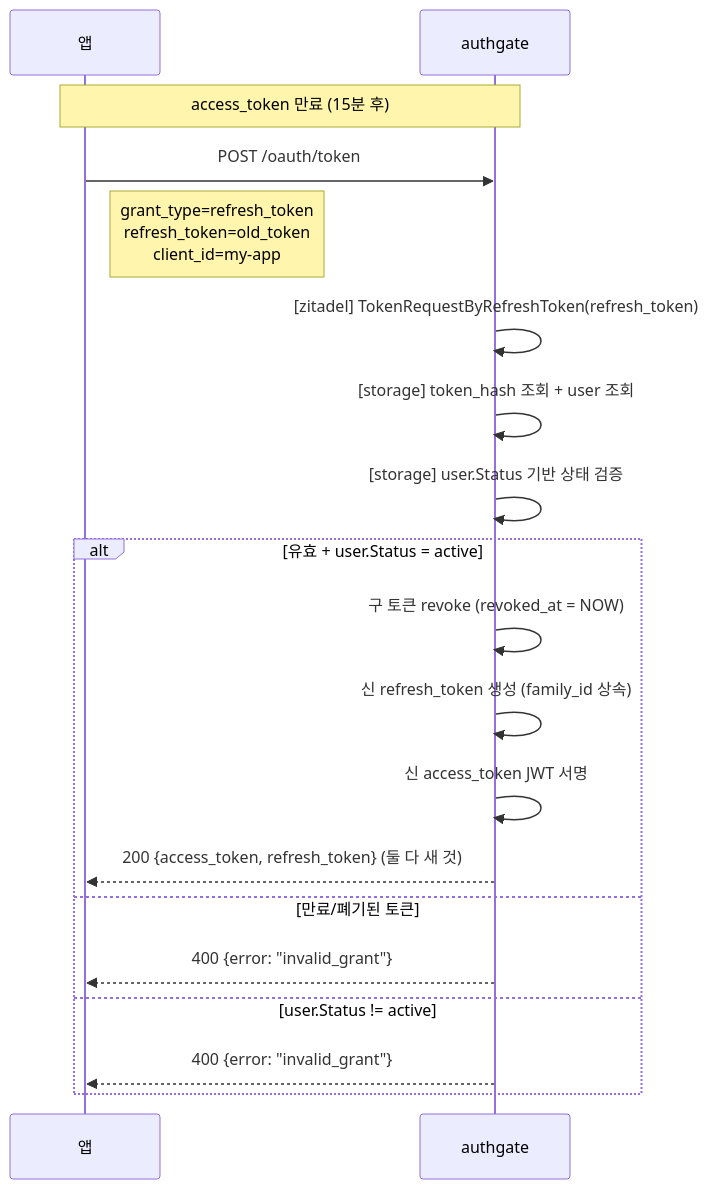
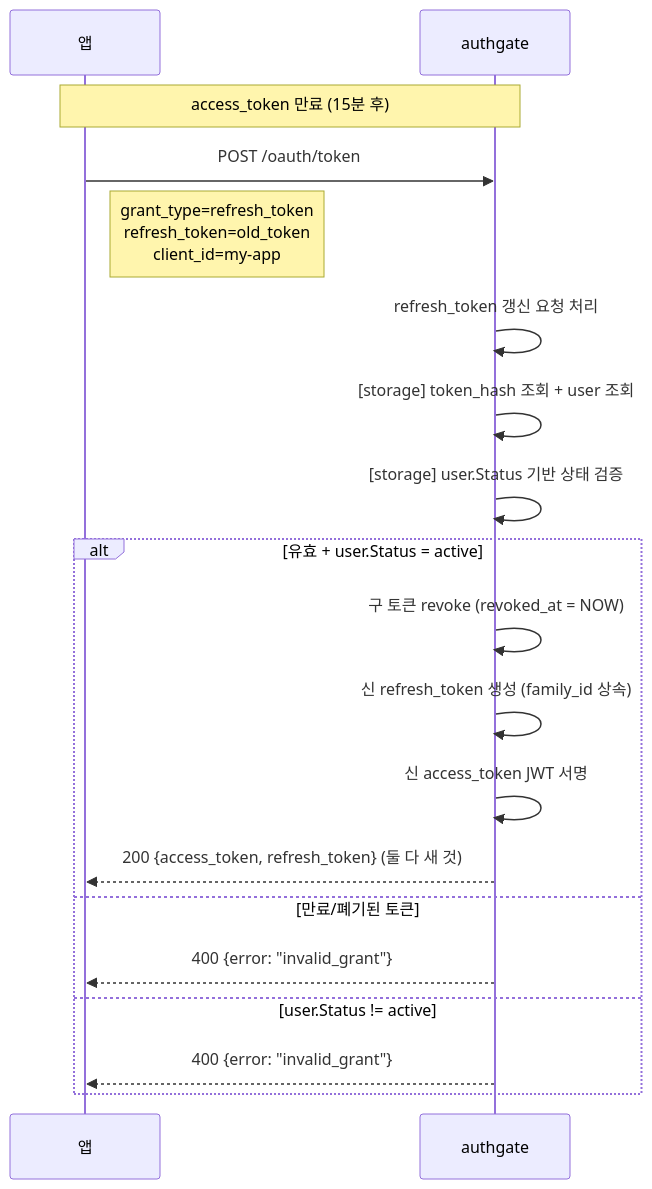
One commit to cagojeiger/authgate changed the first of 4 diagrams in docs/spec/005-token-lifecycle.md. Above: the diagram before and after it, drawn with Mermaid. The commit also changed other lines of this file and 15 other files, not shown here.

````diff
--- a/docs/spec/005-token-lifecycle.md
+++ b/docs/spec/005-token-lifecycle.md
@@ -34,24 +34,24 @@
 ```mermaid
 sequenceDiagram
     participant App as 앱
     participant AG as authgate
 
     Note over App,AG: access_token 만료 (15분 후)
     App->>AG: POST /oauth/token
     Note right of App: grant_type=refresh_token<br/>refresh_token=old_token<br/>client_id=my-app
 
-    AG->>AG: [zitadel] TokenRequestByRefreshToken(refresh_token)
+    AG->>AG: refresh_token 갱신 요청 처리
     AG->>AG: [storage] token_hash 조회 + user 조회
     AG->>AG: [storage] user.Status 기반 상태 검증
 
     alt 유효 + user.Status = active
         AG->>AG: 구 토큰 revoke (revoked_at = NOW)
         AG->>AG: 신 refresh_token 생성 (family_id 상속)
         AG->>AG: 신 access_token JWT 서명
         AG-->>App: 200 {access_token, refresh_token} (둘 다 새 것)
     else 만료/폐기된 토큰
         AG-->>App: 400 {error: "invalid_grant"}
     else user.Status != active
         AG-->>App: 400 {error: "invalid_grant"}
     end
 ```
````
